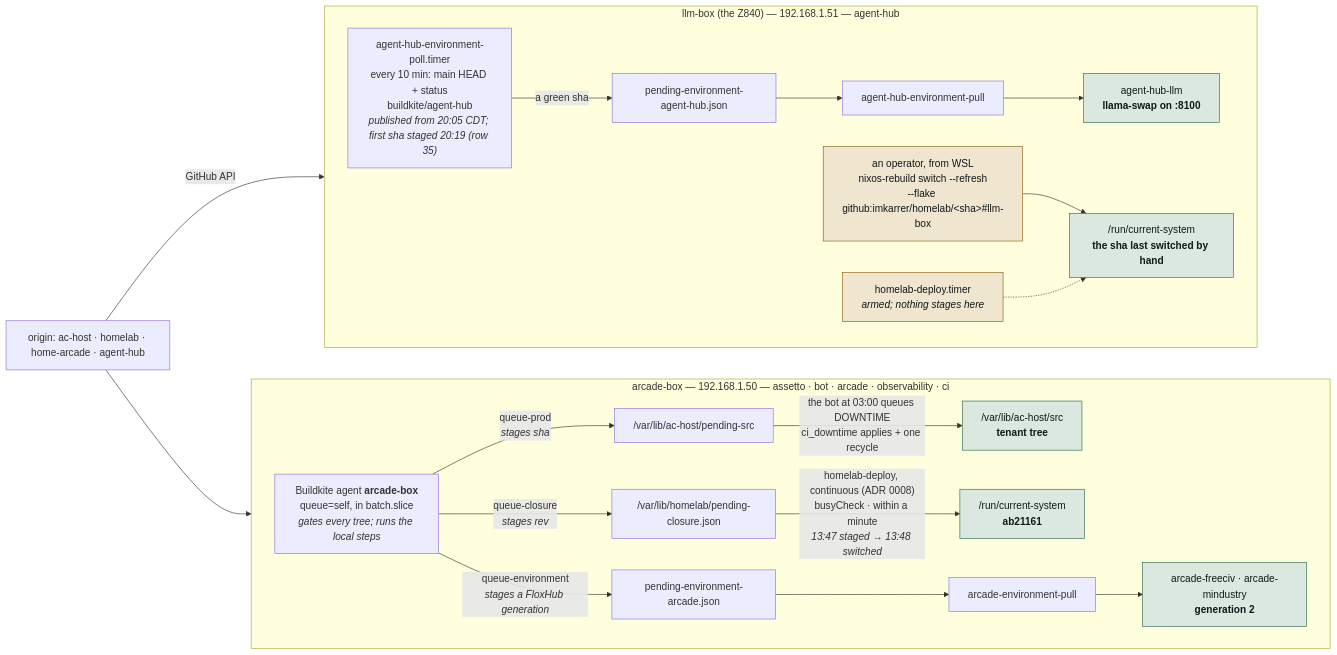
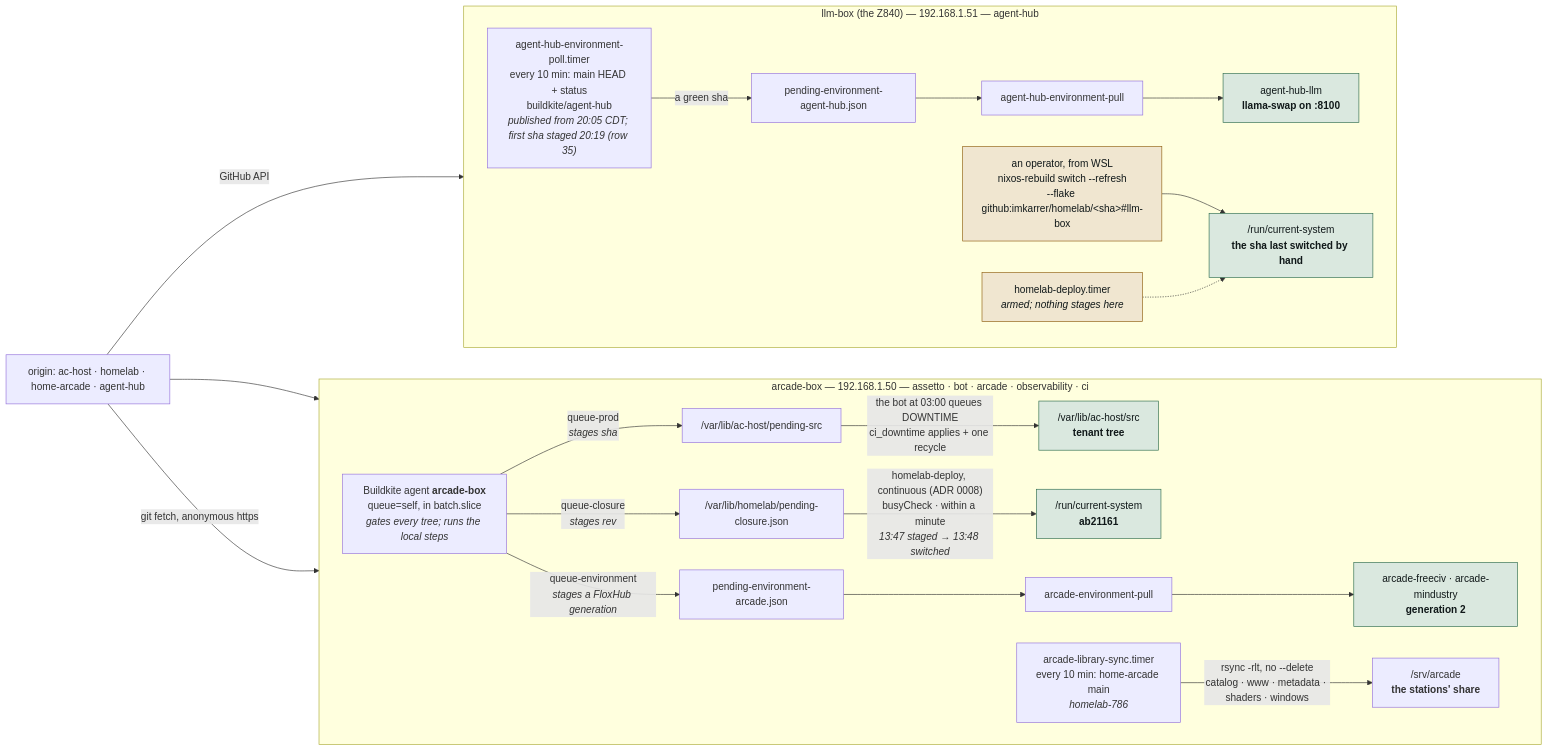
One commit to imkarrer/homelab changed the second of 5 diagrams in docs/architecture.md. Above: the diagram before and after it, drawn with Mermaid. The commit also changed other lines of this file and 4 other files, not shown here.

First line of the commit message:
arcade-box: arcade-library-sync copies home-arcade main's station files into /srv/arcade every ten minutes (homelab-786)

````diff
--- a/docs/architecture.md
+++ b/docs/architecture.md
@@ -73,30 +76,32 @@
 ```mermaid
 flowchart LR
     subgraph ARC ["arcade-box — 192.168.1.50 — assetto · bot · arcade · observability · ci"]
         direction LR
         AG["Buildkite agent <b>arcade-box</b><br/>queue=self, in batch.slice<br/><i>gates every tree; runs the local steps</i>"]
         AG -- "queue-prod<br/><i>stages sha</i>" --> A4["/var/lib/ac-host/pending-src"]
         A4 -- "the bot at 03:00 queues DOWNTIME<br/>ci_downtime applies + one recycle" --> A6["/var/lib/ac-host/src<br/><b>tenant tree</b>"]
         AG -- "queue-closure<br/><i>stages rev</i>" --> B4["/var/lib/homelab/pending-closure.json"]
         B4 -- "homelab-deploy, continuous (ADR 0008)<br/>busyCheck · within a minute<br/><i>13:47 staged → 13:48 switched</i>" --> B6["/run/current-system<br/><b>ab21161</b>"]
         AG -- "queue-environment<br/><i>stages a FloxHub generation</i>" --> C4["pending-environment-arcade.json"]
         C4 --> C5["arcade-environment-pull"] --> C6["arcade-freeciv · arcade-mindustry<br/><b>generation 2</b>"]
+        E4["arcade-library-sync.timer<br/>every 10 min: home-arcade main<br/><i>homelab-786</i>"] -- "rsync -rlt, no --delete<br/>catalog · www · metadata · shaders · windows" --> E6["/srv/arcade<br/><b>the stations' share</b>"]
     end
 
     subgraph Z ["llm-box (the Z840) — 192.168.1.51 — agent-hub"]
         direction LR
         D4["agent-hub-environment-poll.timer<br/>every 10 min: main HEAD + status<br/>buildkite/agent-hub<br/><i>published from 20:05 CDT; first sha staged 20:19 (row 35)</i>"]
         D4 -- "a green sha" --> D5["pending-environment-agent-hub.json"]
         D5 --> D6["agent-hub-environment-pull"] --> D7["agent-hub-llm<br/><b>llama-swap on :8100</b>"]
         OP["an operator, from WSL<br/>nixos-rebuild switch --refresh<br/>--flake github:imkarrer/homelab/&lt;sha&gt;#llm-box"] --> Z6["/run/current-system<br/><b>the sha last switched by hand</b>"]
         ZT["homelab-deploy.timer<br/><i>armed; nothing stages here</i>"] -.-> Z6
     end
 
     ORIGIN["origin: ac-host · homelab · home-arcade · agent-hub"] --> AG
     ORIGIN -- "GitHub API" --> D4
+    ORIGIN -- "git fetch, anonymous https" --> E4
 
     classDef ok fill:#dae8df,stroke:#2c6b4b,color:#101819;
     classDef hand fill:#f0e6d0,stroke:#8d5c0c,color:#101819;
     class A6,B6,C6,D7,Z6 ok;
     class OP,ZT hand;
 ```
````
